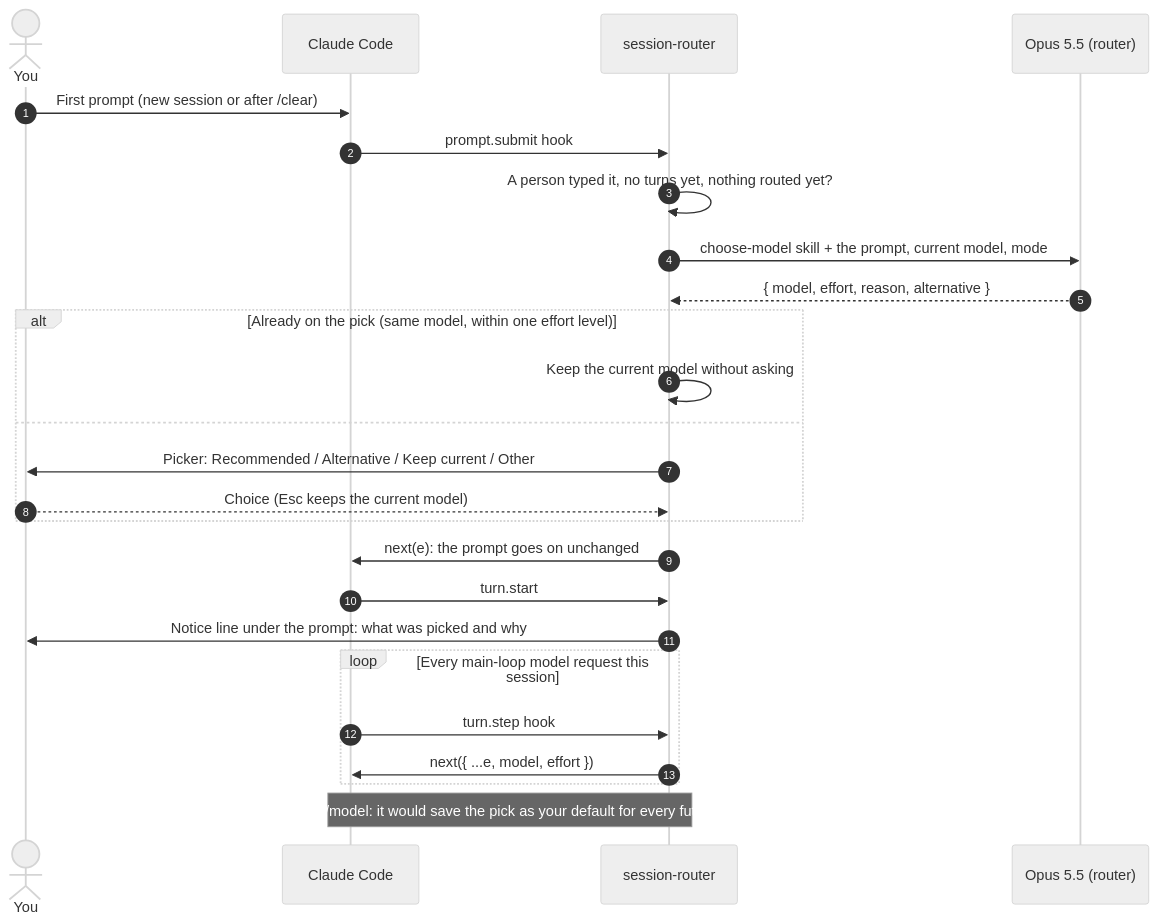
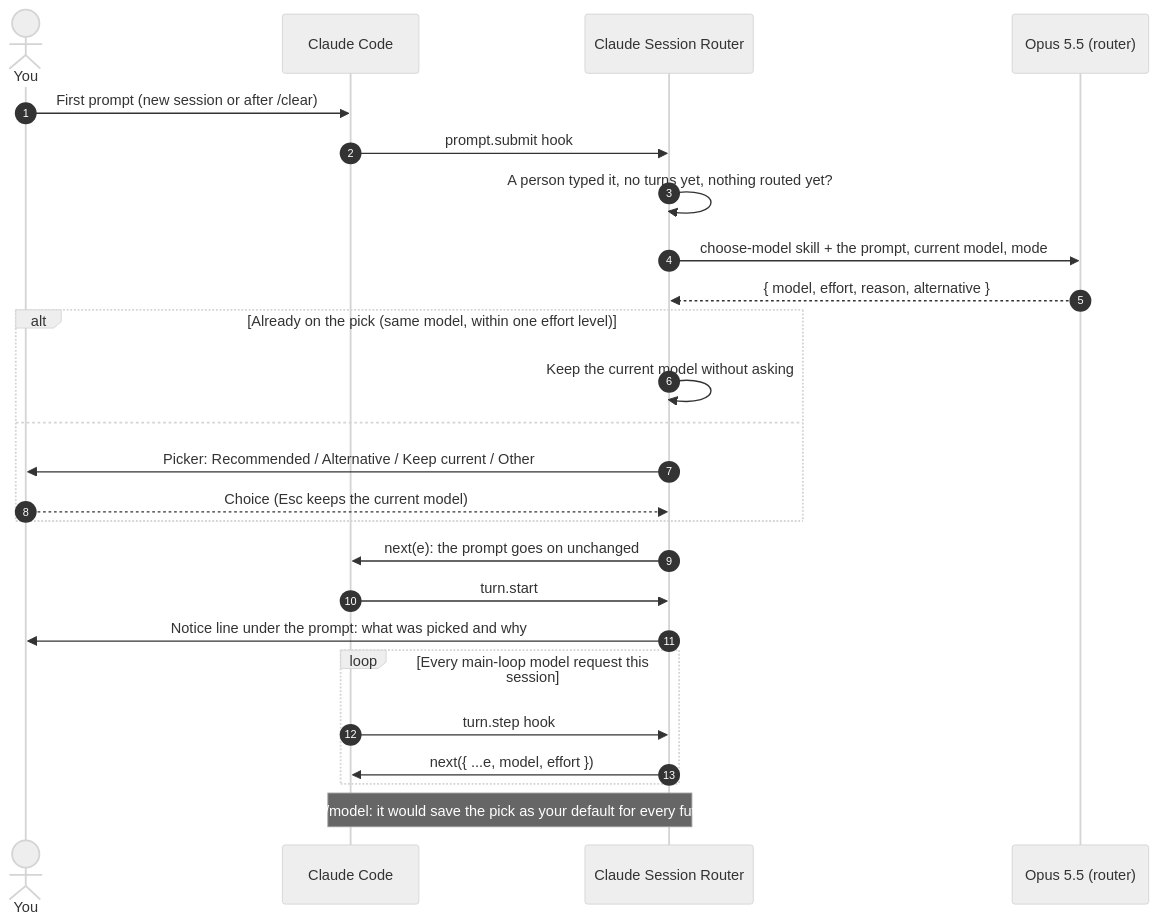
One commit to htxryan/claude-session-router changed the diagram in docs/how-it-works.md. Above: the diagram before and after it, drawn with Mermaid (neutral theme). The commit also changed 6 other files, not shown here.

First line of the commit message:
README header: logo and wordmark; name it Claude Session Router (#21)

````diff
--- a/docs/how-it-works.md
+++ b/docs/how-it-works.md
@@ -5,27 +5,27 @@
 ```mermaid
 sequenceDiagram
     autonumber
     actor You
     participant CC as Claude Code
-    participant Mod as session-router
+    participant Mod as Claude Session Router
     participant Opus as Opus 5.5 (router)
     You->>CC: First prompt (new session or after /clear)
     CC->>Mod: prompt.submit hook
     Mod->>Mod: A person typed it, no turns yet, nothing routed yet?
     Mod->>Opus: choose-model skill + the prompt, current model, mode
     Opus-->>Mod: { model, effort, reason, alternative }
     alt Already on the pick (same model, within one effort level)
         Mod->>Mod: Keep the current model without asking
     else
         Mod->>You: Picker: Recommended / Alternative / Keep current / Other
         You-->>Mod: Choice (Esc keeps the current model)
     end
     Mod->>CC: next(e): the prompt goes on unchanged
     CC->>Mod: turn.start
     Mod->>You: Notice line under the prompt: what was picked and why
     loop Every main-loop model request this session
         CC->>Mod: turn.step hook
         Mod->>CC: next({ ...e, model, effort })
     end
     Note over Mod,CC: Never runs /model: it would save the pick as your default for every future session
 ```
````
